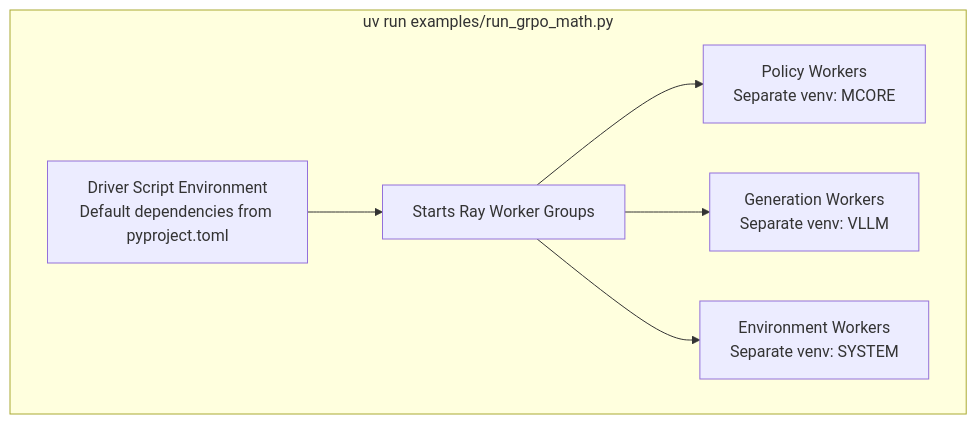
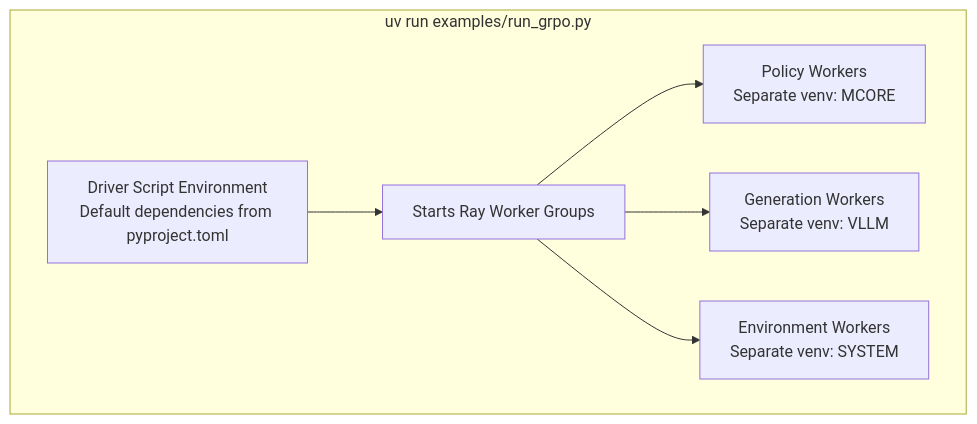
The first of 2 diagrams in docs/design-docs/dependency-management.md (NVIDIA-NeMo/RL), drawn with Mermaid before and after one commit. The commit also changed other lines of this file and 100 other files, not shown here.

Commit message:
remove run_grpo_math.py

````diff
--- a/docs/design-docs/dependency-management.md
+++ b/docs/design-docs/dependency-management.md
@@ -70,10 +70,10 @@
 ```mermaid
 graph TD
-    subgraph Container["uv run examples/run_grpo_math.py"]
+    subgraph Container["uv run examples/run_grpo.py"]
         A[Driver Script Environment<br/>Default dependencies from pyproject.toml]
         A --> B[Starts Ray Worker Groups]
         B --> C[Policy Workers<br/>Separate venv: MCORE]
         B --> D[Generation Workers<br/>Separate venv: VLLM]
         B --> E[Environment Workers<br/>Separate venv: SYSTEM]
     end
 ```
````
